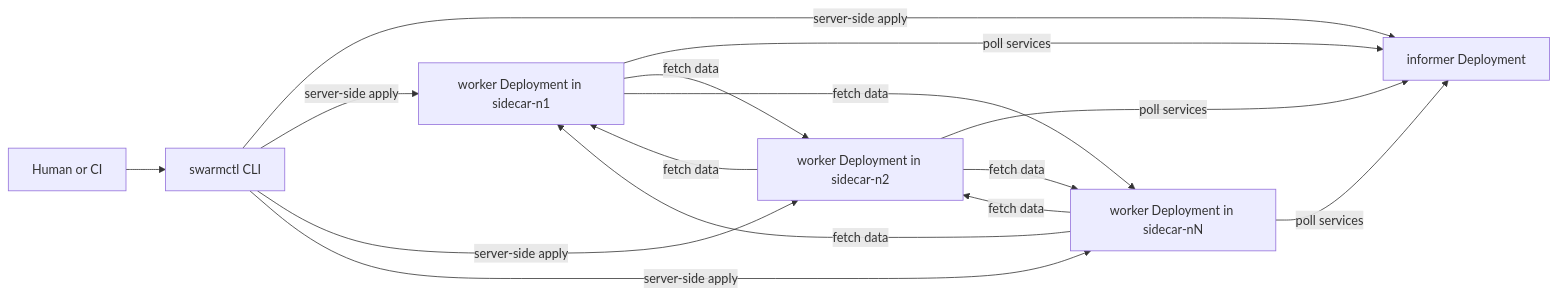
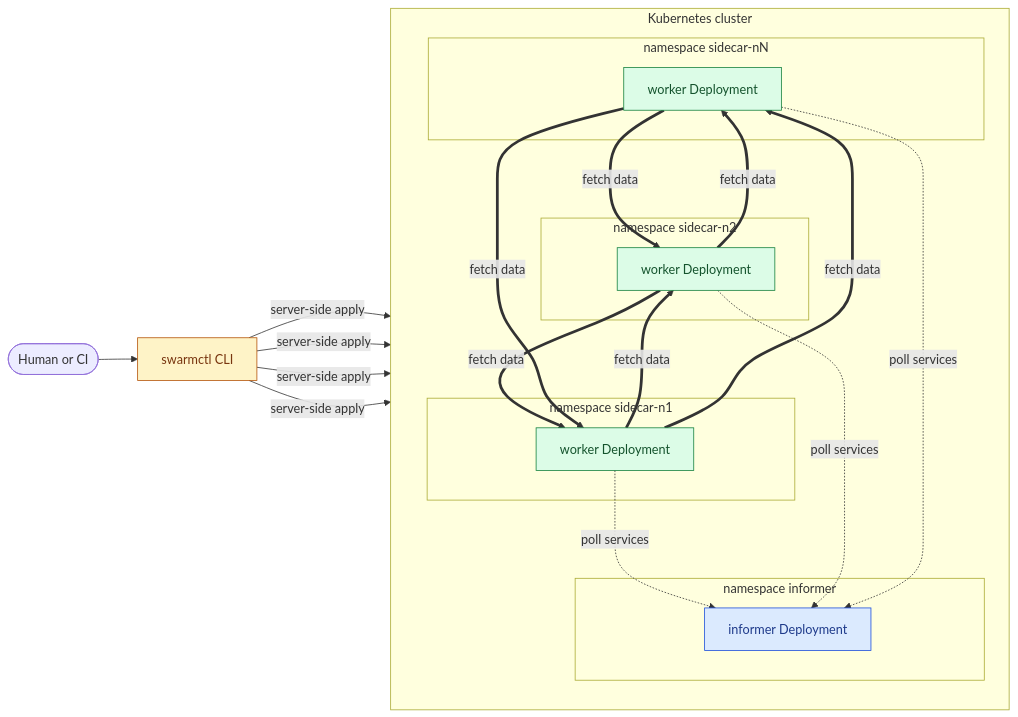
The first of 6 diagrams in docs/architecture.md (h0tbird/k-swarm), drawn with Mermaid before and after one commit. The commit also changed other lines of this file, not shown here.

Commit message:
Fix diagrams

````diff
--- a/docs/architecture.md
+++ b/docs/architecture.md
@@ -38,26 +38,45 @@
 ```mermaid
 flowchart LR
-    Operator[Human or CI]
+    Operator([Human or CI])
     SC[swarmctl CLI]
-    Inf[informer Deployment]
-    W1[worker Deployment in sidecar-n1]
-    W2[worker Deployment in sidecar-n2]
-    WN[worker Deployment in sidecar-nN]
+
+    subgraph Cluster[Kubernetes cluster]
+        direction TB
+        subgraph NSI[namespace informer]
+            Inf[informer Deployment]
+        end
+        subgraph NS1[namespace sidecar-n1]
+            W1[worker Deployment]
+        end
+        subgraph NS2[namespace sidecar-n2]
+            W2[worker Deployment]
+        end
+        subgraph NSN[namespace sidecar-nN]
+            WN[worker Deployment]
+        end
+    end
 
     Operator --> SC
     SC -->|server-side apply| Inf
     SC -->|server-side apply| W1
     SC -->|server-side apply| W2
     SC -->|server-side apply| WN
 
-    W1 -->|poll services| Inf
-    W2 -->|poll services| Inf
-    WN -->|poll services| Inf
+    W1 -.->|poll services| Inf
+    W2 -.->|poll services| Inf
+    WN -.->|poll services| Inf
 
-    W1 -->|fetch data| W2
-    W2 -->|fetch data| W1
-    W2 -->|fetch data| WN
-    WN -->|fetch data| W2
-    W1 -->|fetch data| WN
-    WN -->|fetch data| W1
+    W1 ==>|fetch data| W2
+    W2 ==>|fetch data| W1
+    W2 ==>|fetch data| WN
+    WN ==>|fetch data| W2
+    W1 ==>|fetch data| WN
+    WN ==>|fetch data| W1
+
+    classDef informer fill:#dbeafe,stroke:#1d4ed8,color:#1e3a8a;
+    classDef worker fill:#dcfce7,stroke:#15803d,color:#14532d;
+    classDef tool fill:#fef3c7,stroke:#b45309,color:#78350f;
+    class Inf informer;
+    class W1,W2,WN worker;
+    class SC tool;
 ```
````
